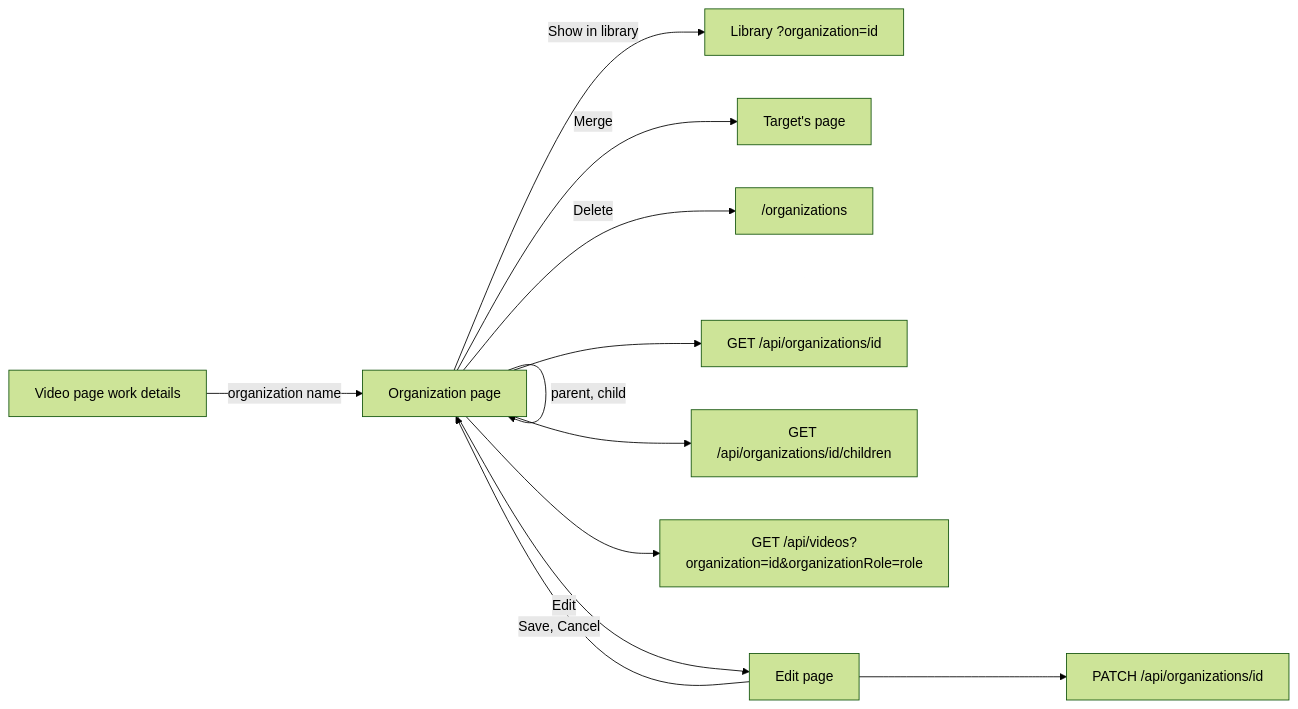
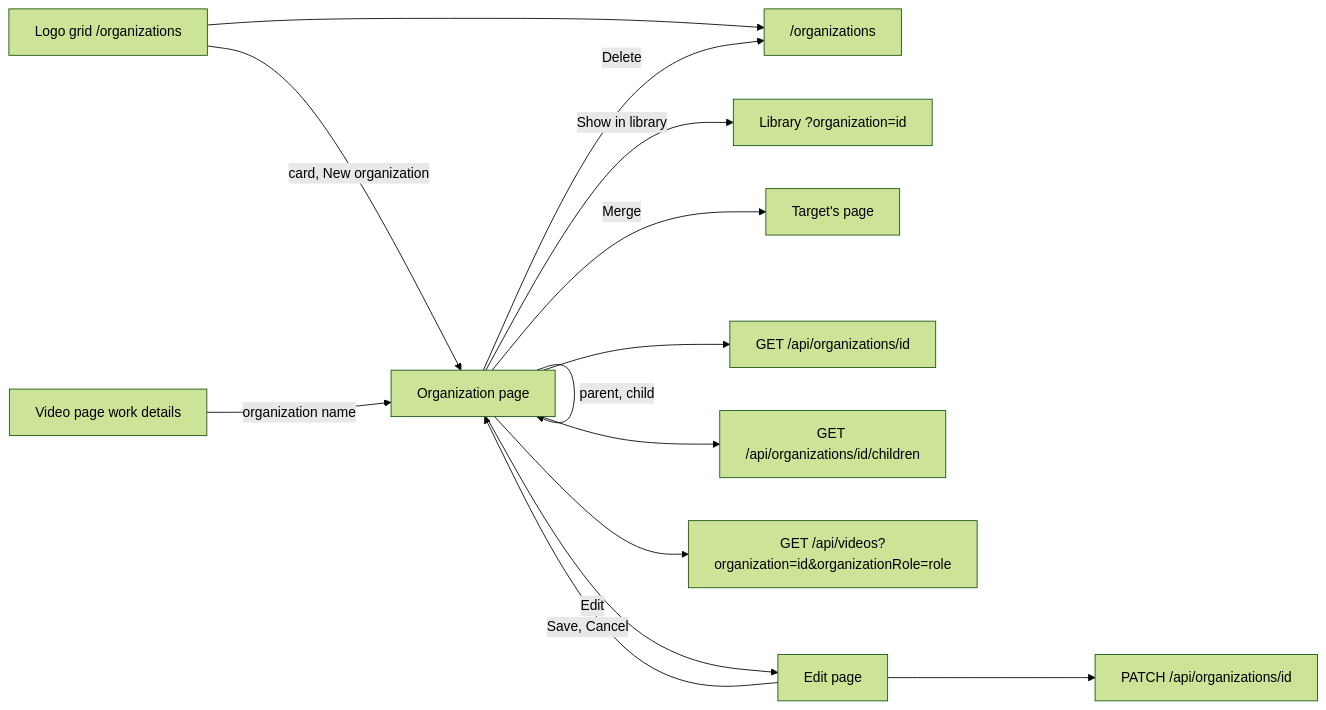
One commit to syudead/vv changed the diagram in docs/design-docs/organizations.md. Above: the diagram before and after it, drawn with Mermaid (forest theme). The commit also changed other lines of this file and 42 other files, not shown here.

First line of the commit message:
Replace the organizations table with a grid of logo cards

````diff
--- a/docs/design-docs/organizations.md
+++ b/docs/design-docs/organizations.md
@@ -12,14 +14,16 @@
 ```mermaid
 flowchart LR
+  grid["Logo grid /organizations"] -->|card, New organization| page
+  grid --> list[GET /api/organizations]
   video[Video page work details] -->|organization name| page[Organization page]
   page -->|parent, child| page
   page -->|Show in library| library["Library ?organization=id"]
   page -->|Merge| target[Target's page]
   page -->|Delete| list["/organizations"]
   page -->|Edit| edit[Edit page]
   edit -->|Save, Cancel| page
   edit --> patch[PATCH /api/organizations/id]
   page --> one[GET /api/organizations/id]
   page --> children[GET /api/organizations/id/children]
   page --> videos[GET /api/videos?organization=id&organizationRole=role]
 ```
````
